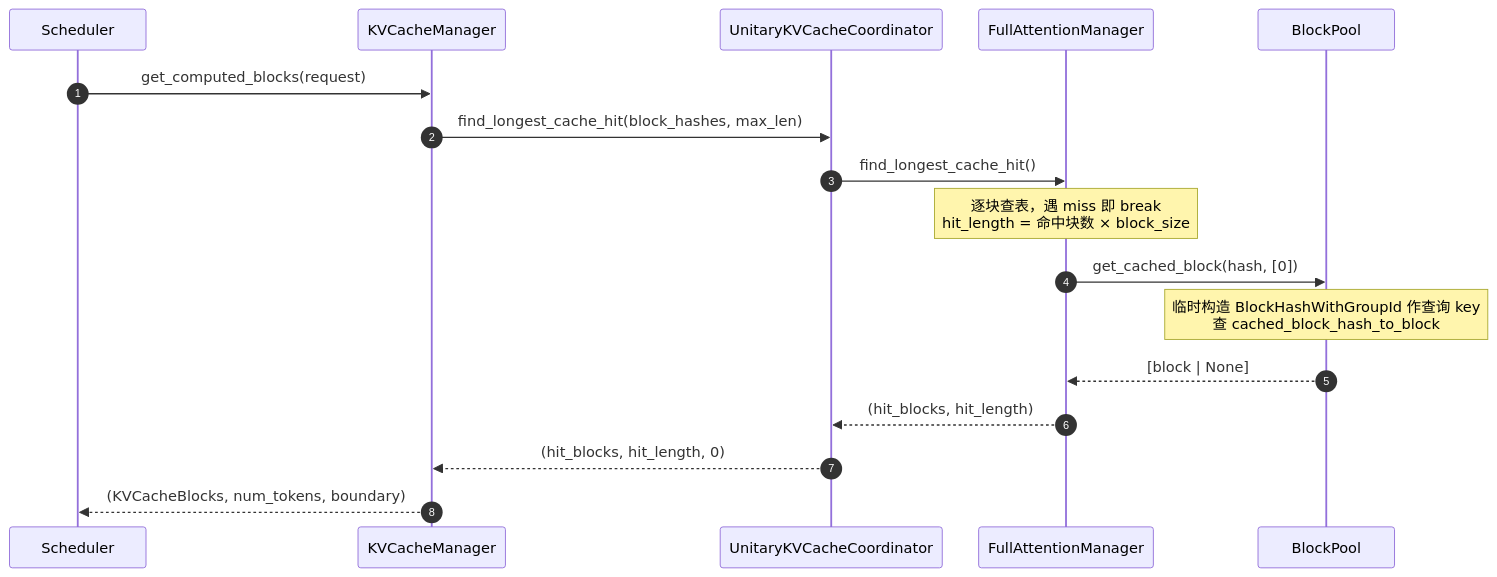
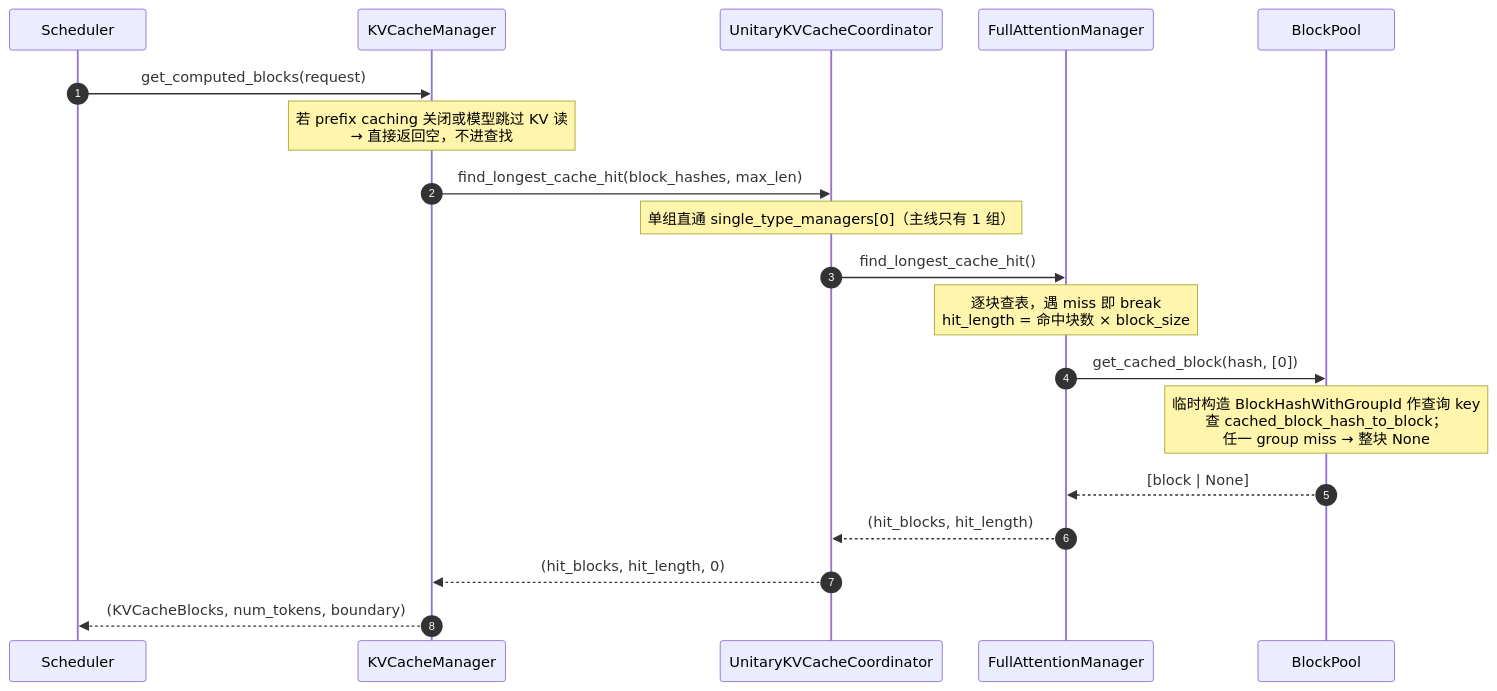
Before and after one commit to GoCHug/vllm: the fourth of 9 diagrams in vllm/v1/core/kvcache_docs/0_end_to_end_sequence.md, drawn with Mermaid. The commit also changed other lines of this file, not shown here.

````diff
--- a/vllm/v1/core/kvcache_docs/0_end_to_end_sequence.md
+++ b/vllm/v1/core/kvcache_docs/0_end_to_end_sequence.md
@@ -225,20 +232,22 @@
 ```mermaid
 %%{init: {"themeVariables": {"actorFontSize": "11px", "messageFontSize": "11px", "noteFontSize": "11px"}, "sequence": {"actorMargin": 40, "messageMargin": 16, "noteMargin": 8, "boxMargin": 8, "boxTextMargin": 4, "messageAlign": "center", "mirrorActors": true, "height": 45}}}%%
 sequenceDiagram
     autonumber
     participant Scheduler
     participant KVCacheManager
     participant UnitaryKVCacheCoordinator
     participant FullAttentionManager
     participant BlockPool
     Scheduler->>KVCacheManager: get_computed_blocks(request)
+    Note over KVCacheManager: 若 prefix caching 关闭或模型跳过 KV 读<br/>→ 直接返回空，不进查找
     KVCacheManager->>UnitaryKVCacheCoordinator: find_longest_cache_hit(block_hashes, max_len)
+    Note over UnitaryKVCacheCoordinator: 单组直通 single_type_managers[0]（主线只有 1 组）
     UnitaryKVCacheCoordinator->>FullAttentionManager: find_longest_cache_hit()
     Note over FullAttentionManager: 逐块查表，遇 miss 即 break<br/>hit_length = 命中块数 × block_size
     FullAttentionManager->>BlockPool: get_cached_block(hash, [0])
-    Note over BlockPool: 临时构造 BlockHashWithGroupId 作查询 key<br/>查 cached_block_hash_to_block
+    Note over BlockPool: 临时构造 BlockHashWithGroupId 作查询 key<br/>查 cached_block_hash_to_block；<br/>任一 group miss → 整块 None
     BlockPool-->>FullAttentionManager: [block | None]
     FullAttentionManager-->>UnitaryKVCacheCoordinator: (hit_blocks, hit_length)
     UnitaryKVCacheCoordinator-->>KVCacheManager: (hit_blocks, hit_length, 0)
     KVCacheManager-->>Scheduler: (KVCacheBlocks, num_tokens, boundary)
 ```
````
